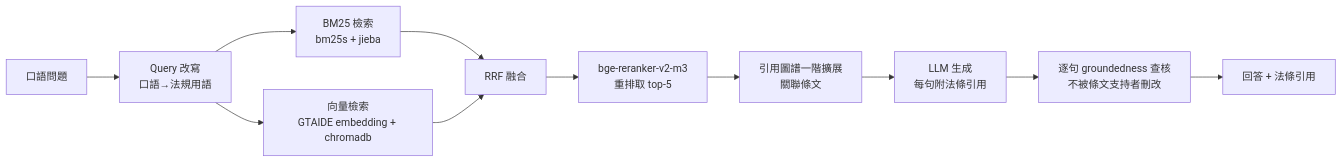
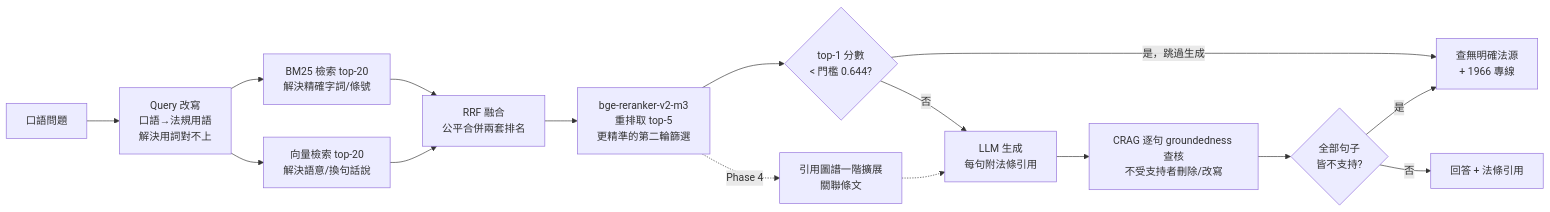
One commit to kuotunyu/tw-longcare-rag changed the second of 2 diagrams in README.md. Above: the diagram before and after it, drawn with Mermaid. The commit also changed other lines of this file, not shown here.

Commit message:
docs: README 架構圖拆為索引建置/問答查詢兩張，補上 Contextual Retrieval 與雙拒答關卡
原圖漏了索引階段的 Contextual Retrieval（只畫了查詢階段流程）；
補上兩道拒答關卡（生成前 rerank 門檻、生成後逐句查核皆不支持）
與各節點標註解決的問題，供之後修改時參考。

````diff
--- a/README.md
+++ b/README.md
@@ -18,13 +32,18 @@
 ```mermaid
 flowchart LR
-    Q[口語問題] --> RW[Query 改寫<br/>口語→法規用語]
-    RW --> BM25[BM25 檢索<br/>bm25s + jieba]
-    RW --> VEC[向量檢索<br/>GTAIDE embedding + chromadb]
-    BM25 --> RRF[RRF 融合]
+    Q[口語問題] --> RW[Query 改寫<br/>口語→法規用語<br/>解決用詞對不上]
+    RW --> BM25[BM25 檢索 top-20<br/>解決精確字詞/條號]
+    RW --> VEC[向量檢索 top-20<br/>解決語意/換句話說]
+    BM25 --> RRF[RRF 融合<br/>公平合併兩套排名]
     VEC --> RRF
-    RRF --> RR[bge-reranker-v2-m3<br/>重排取 top-5]
-    RR --> GE[引用圖譜一階擴展<br/>關聯條文]
-    GE --> GEN[LLM 生成<br/>每句附法條引用]
-    GEN --> GND[逐句 groundedness 查核<br/>不被條文支持者刪改]
-    GND --> A[回答 + 法條引用]
+    RRF --> RR[bge-reranker-v2-m3<br/>重排取 top-5<br/>更精準的第二輪篩選]
+    RR -.Phase 4.-> GE[引用圖譜一階擴展<br/>關聯條文]
+    RR --> GATE1{top-1 分數<br/>< 門檻 0.644?}
+    GATE1 -->|是，跳過生成| A2[查無明確法源<br/>+ 1966 專線]
+    GATE1 -->|否| GEN[LLM 生成<br/>每句附法條引用]
+    GE -.-> GEN
+    GEN --> GND[CRAG 逐句 groundedness 查核<br/>不受支持者刪除/改寫]
+    GND --> GATE2{全部句子<br/>皆不支持?}
+    GATE2 -->|是| A2
+    GATE2 -->|否| A[回答 + 法條引用]
 ```
````
